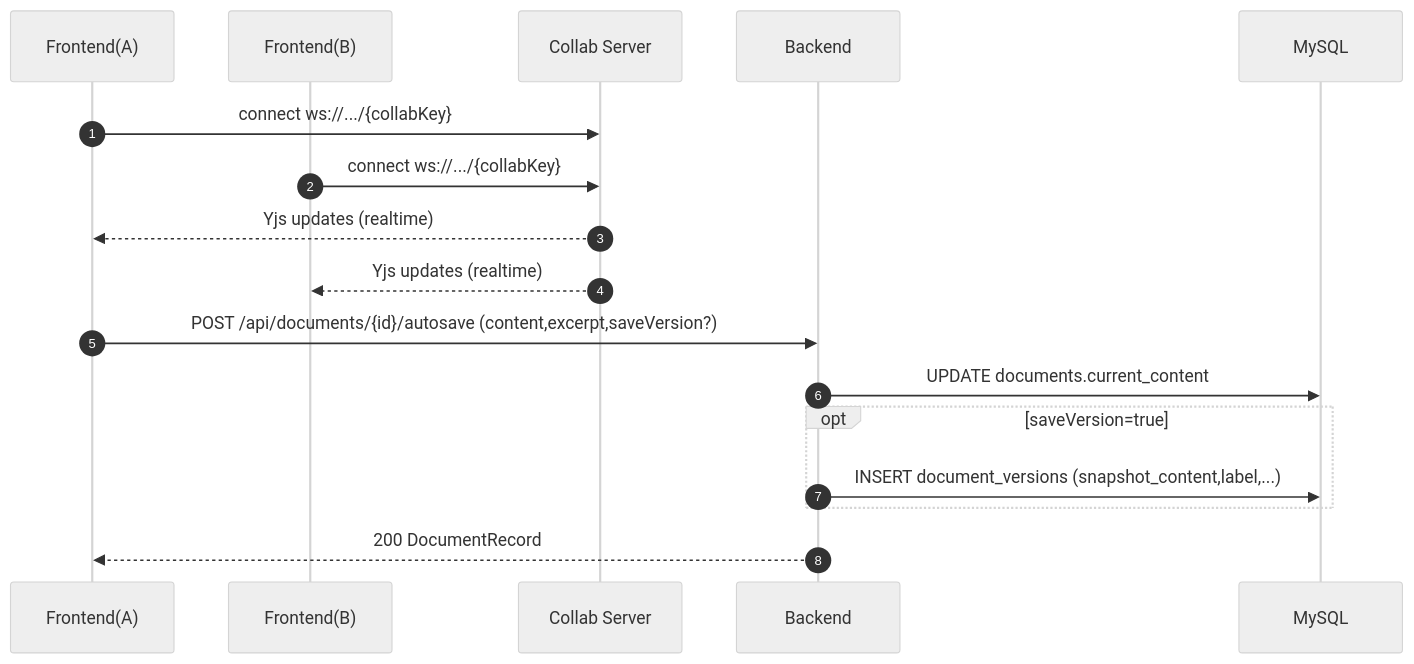
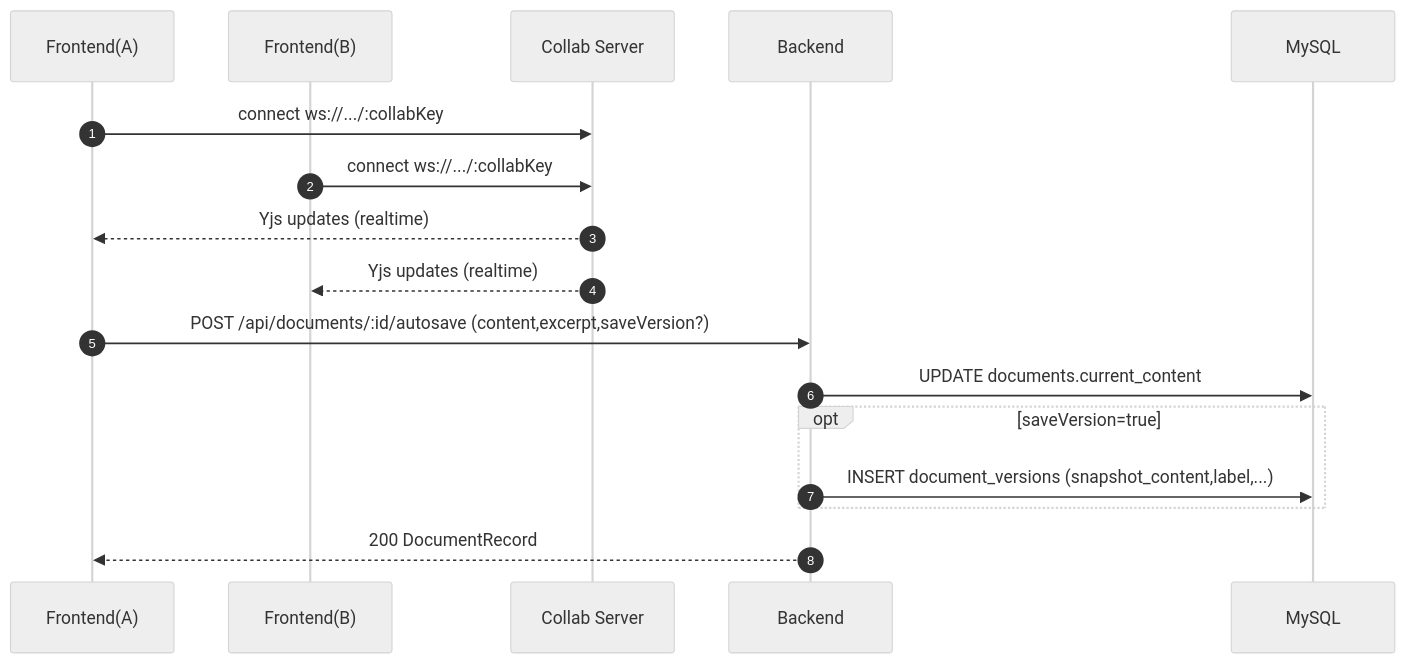
Before and after one commit to moduqishi/educollab: the fourth of 6 diagrams in README.md, drawn with Mermaid (neutral theme). The commit also changed other lines of this file, not shown here.

Commit message:
Fix Mermaid rendering issues in README diagrams

````diff
--- a/README.md
+++ b/README.md
@@ -144,21 +144,21 @@
 ```mermaid
 sequenceDiagram
   autonumber
   participant FE1 as Frontend(A)
   participant FE2 as Frontend(B)
   participant CS as Collab Server
   participant BE as Backend
   participant DB as MySQL
 
-  FE1->>CS: connect ws://.../{collabKey}
-  FE2->>CS: connect ws://.../{collabKey}
+  FE1->>CS: connect ws://.../:collabKey
+  FE2->>CS: connect ws://.../:collabKey
   CS-->>FE1: Yjs updates (realtime)
   CS-->>FE2: Yjs updates (realtime)
 
-  FE1->>BE: POST /api/documents/{id}/autosave (content,excerpt,saveVersion?)
+  FE1->>BE: POST /api/documents/:id/autosave (content,excerpt,saveVersion?)
   BE->>DB: UPDATE documents.current_content
   opt saveVersion=true
     BE->>DB: INSERT document_versions (snapshot_content,label,...)
   end
   BE-->>FE1: 200 DocumentRecord
 ```
````
